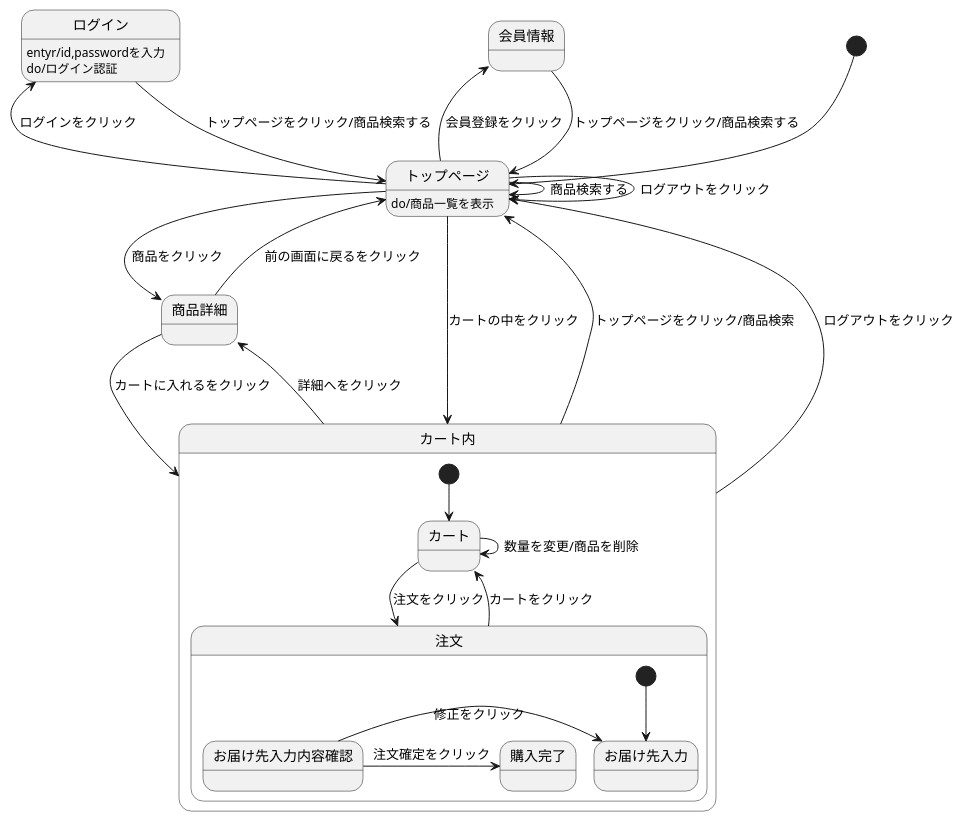
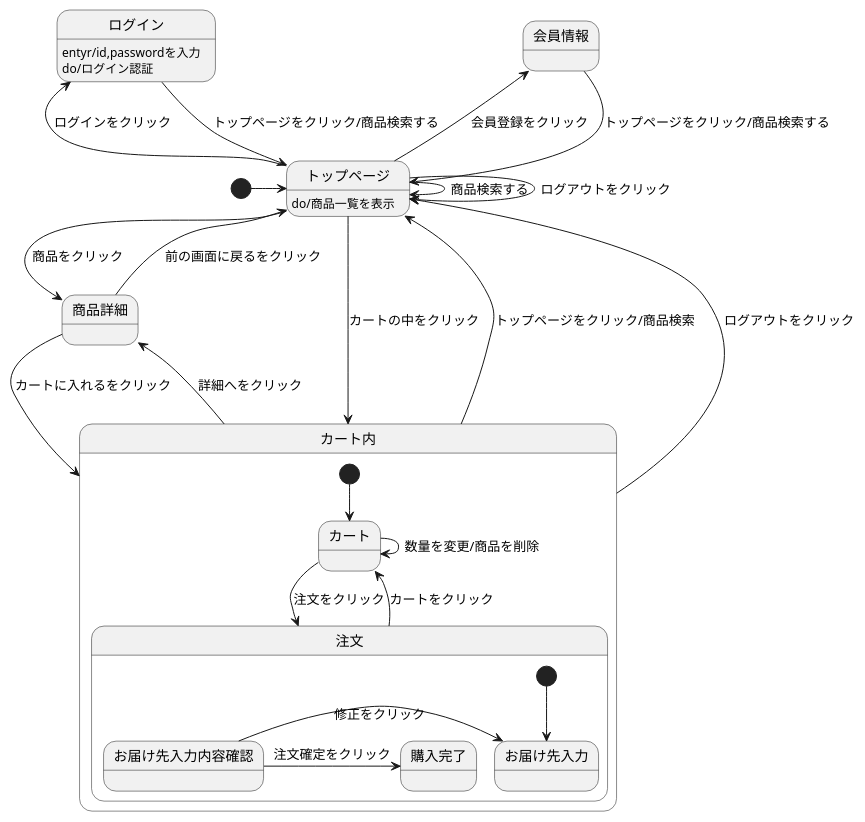
The diagram in stm01.md (Aso2001168/Aso2001168), drawn with PlantUML before and after one commit.

````diff
--- a/stm01.md
+++ b/stm01.md
@@ -1,34 +1,34 @@
 ```uml
 @startuml
-[*] --> トップページ
+[*] -> トップページ
 会員情報 --> トップページ : トップページをクリック/商品検索する
 ログイン --> トップページ : トップページをクリック/商品検索する
 ログイン : entyr/id,passwordを入力
 ログイン : do/ログイン認証
 トップページ --> トップページ : ログアウトをクリック
 トップページ -> トップページ : 商品検索する
 トップページ -> 商品詳細 : 商品をクリック
 トップページ -left-> 会員情報 : 会員登録をクリック
 トップページ -left-> ログイン : ログインをクリック
 トップページ --> カート内 : カートの中をクリック
 トップページ : do/商品一覧を表示
 商品詳細 --> カート内 : カートに入れるをクリック
 商品詳細 --> トップページ : 前の画面に戻るをクリック
 カート内 -up-> トップページ : トップページをクリック/商品検索
 カート内 -up-> トップページ : ログアウトをクリック
 カート内 -> 商品詳細 : 詳細へをクリック
 
 state カート内{
 [*] --> カート
 カート -> 注文 : 注文をクリック
 カート -> カート : 数量を変更/商品を削除
 注文 --> カート : カートをクリック
 state 注文{
 [*] --> お届け先入力
 お届け先入力内容確認 -> お届け先入力 : 修正をクリック
 お届け先入力内容確認 -> 購入完了 : 注文確定をクリック
 }
 }
 
 @enduml
 ```
````
